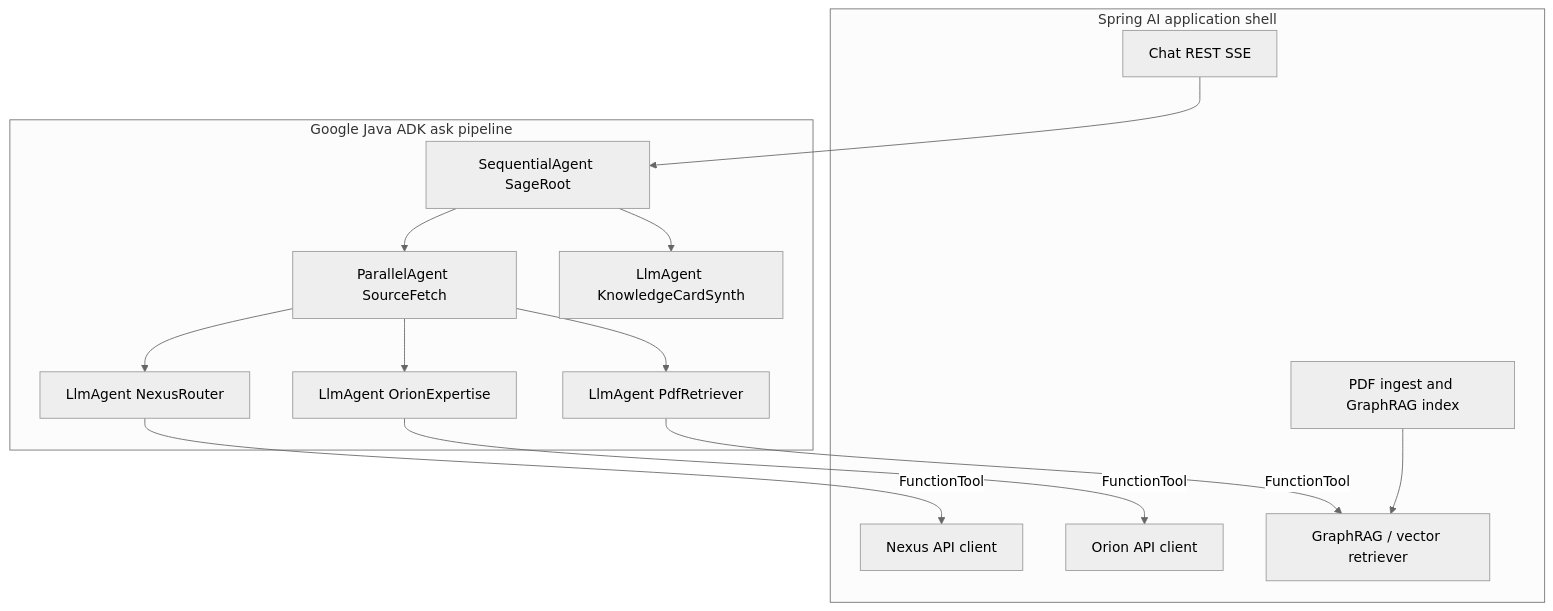
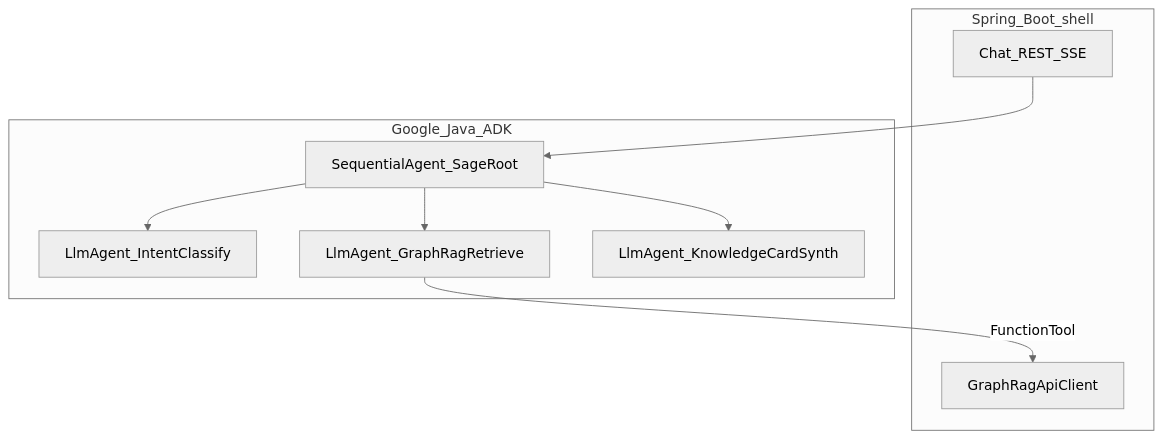
One commit to ShivendraGupta13/sage-ai changed the first of 3 diagrams in docs/google-java-adk-usage.md. Above: the diagram before and after it, drawn with Mermaid (neutral theme). The commit also changed other lines of this file and 3 other files, not shown here.

Commit message:
updated architecture and documentation

````diff
--- a/docs/google-java-adk-usage.md
+++ b/docs/google-java-adk-usage.md
@@ -31,30 +49,20 @@
 ```mermaid
 flowchart TB
-  subgraph springLayer [Spring AI application shell]
-    ChatAPI[Chat REST SSE]
-    Ingest[PDF ingest and GraphRAG index]
-    NexusClient[Nexus API client]
-    OrionClient[Orion API client]
-    Retriever[GraphRAG / vector retriever]
+  subgraph springShell [Spring_Boot_shell]
+    ChatAPI[Chat_REST_SSE]
+    RagClient[GraphRagApiClient]
   end
 
-  subgraph adkLayer [Google Java ADK ask pipeline]
-    Root[SequentialAgent SageRoot]
-    Parallel[ParallelAgent SourceFetch]
-    NexusAgent[LlmAgent NexusRouter]
-    OrionAgent[LlmAgent OrionExpertise]
-    PdfAgent[LlmAgent PdfRetriever]
-    Synth[LlmAgent KnowledgeCardSynth]
+  subgraph adkPipeline [Google_Java_ADK]
+    Root[SequentialAgent_SageRoot]
+    Intent[LlmAgent_IntentClassify]
+    GraphRag[LlmAgent_GraphRagRetrieve]
+    Synth[LlmAgent_KnowledgeCardSynth]
   end
 
   ChatAPI --> Root
-  Root --> Parallel
-  Parallel --> NexusAgent
-  Parallel --> OrionAgent
-  Parallel --> PdfAgent
+  Root --> Intent
+  Root --> GraphRag
   Root --> Synth
-  NexusAgent -->|FunctionTool| NexusClient
-  OrionAgent -->|FunctionTool| OrionClient
-  PdfAgent -->|FunctionTool| Retriever
-  Ingest --> Retriever
+  GraphRag -->|FunctionTool| RagClient
 ```
````
